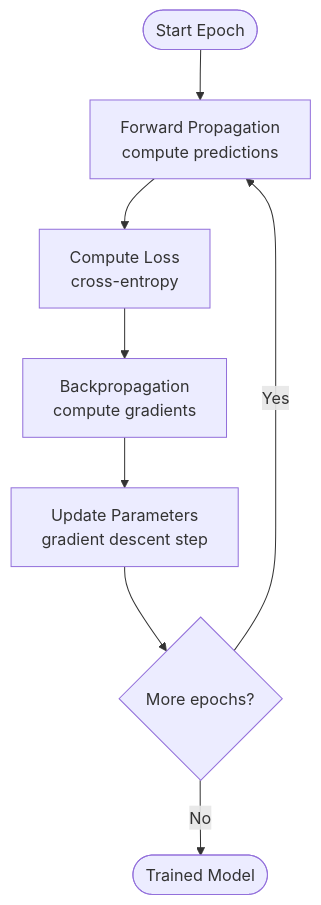
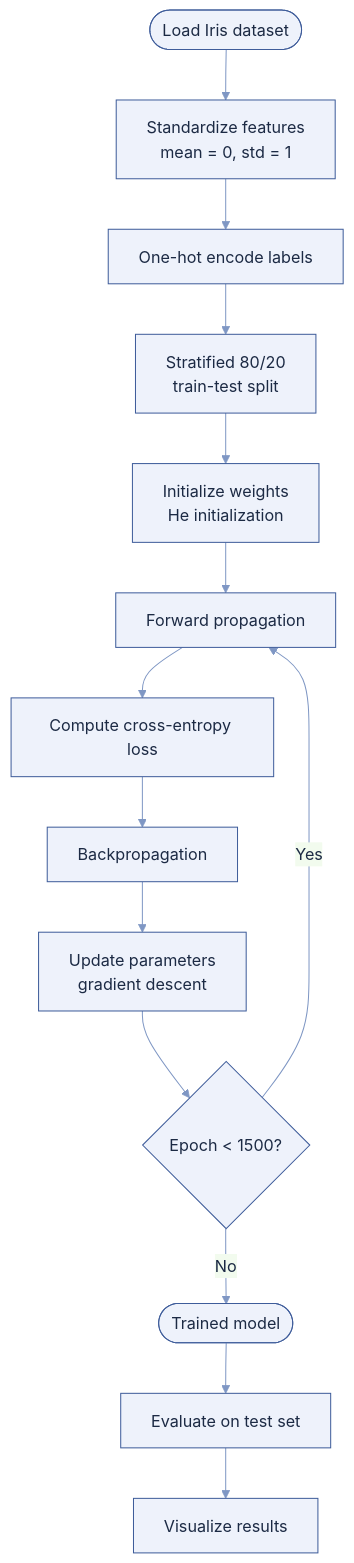
The second of 4 diagrams in README.md (manmathk31/Deep-Learning), drawn with Mermaid before and after one commit. The commit also changed other lines of this file, not shown here.

````diff
--- a/README.md
+++ b/README.md
@@ -101,10 +154,24 @@
 ```mermaid
+%%{init: {'theme': 'base', 'themeVariables': {
+  'primaryColor': '#eef2fb',
+  'primaryBorderColor': '#3E5C9A',
+  'primaryTextColor': '#1c2a44',
+  'lineColor': '#7f97c4',
+  'background': '#ffffff',
+  'fontFamily': 'Segoe UI, sans-serif'
+}}}%%
 flowchart TD
-    Start([Start Epoch]) --> FP[Forward Propagation<br/>compute predictions]
-    FP --> Loss[Compute Loss<br/>cross-entropy]
-    Loss --> BP[Backpropagation<br/>compute gradients]
-    BP --> Update[Update Parameters<br/>gradient descent step]
-    Update --> Check{More epochs?}
-    Check -- Yes --> FP
-    Check -- No --> Done([Trained Model])
+    A([Load Iris dataset]) --> B[Standardize features<br/>mean = 0, std = 1]
+    B --> C[One-hot encode labels]
+    C --> D[Stratified 80/20<br/>train-test split]
+    D --> E[Initialize weights<br/>He initialization]
+    E --> F[Forward propagation]
+    F --> G[Compute cross-entropy loss]
+    G --> H[Backpropagation]
+    H --> I[Update parameters<br/>gradient descent]
+    I --> J{Epoch < 1500?}
+    J -- Yes --> F
+    J -- No --> K([Trained model])
+    K --> L[Evaluate on test set]
+    L --> M[Visualize results]
 ```
````
